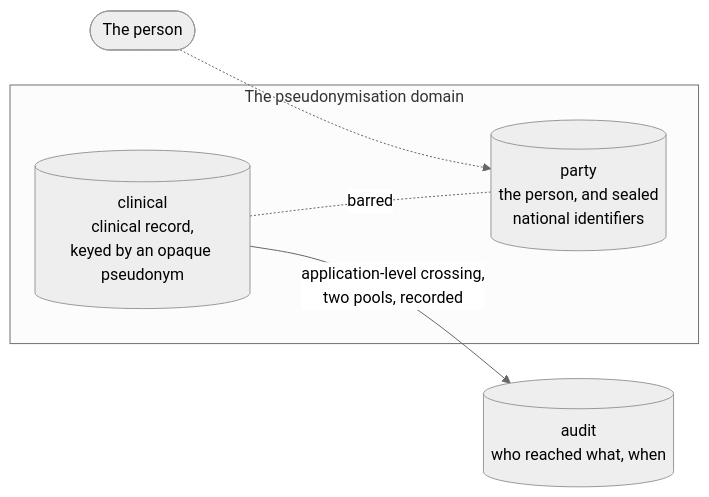
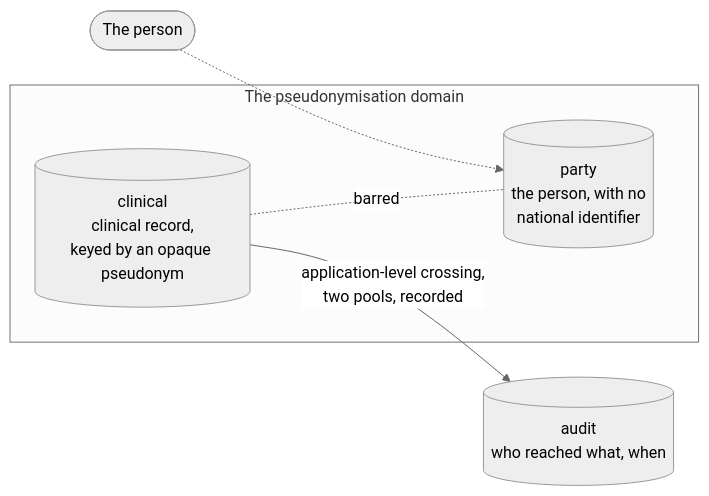
The diagram in website/book/src/security/dpia.md (FerroHEALTH/FerroEHR), drawn with Mermaid (neutral theme) before and after one commit. The commit also changed other lines of this file and 101 other files, not shown here.

First line of the commit message:
refactor(privacy): remove the national-identifier protection (#6092)

````diff
--- a/website/book/src/security/dpia.md
+++ b/website/book/src/security/dpia.md
@@ -82,12 +83,12 @@
 ```mermaid
 flowchart LR
     subject(["The person"])
     subgraph dom ["The pseudonymisation domain"]
         clin[("clinical<br/>clinical record,<br/>keyed by an opaque pseudonym")]
-        demo[("party<br/>the person, and sealed<br/>national identifiers")]
+        demo[("party<br/>the person, with no<br/>national identifier")]
     end
     aud[("audit<br/>who reached what, when")]
     subject -.-> demo
     clin -. barred .- demo
     clin -->|"application-level crossing,<br/>two pools, recorded"| aud
 ```
````
